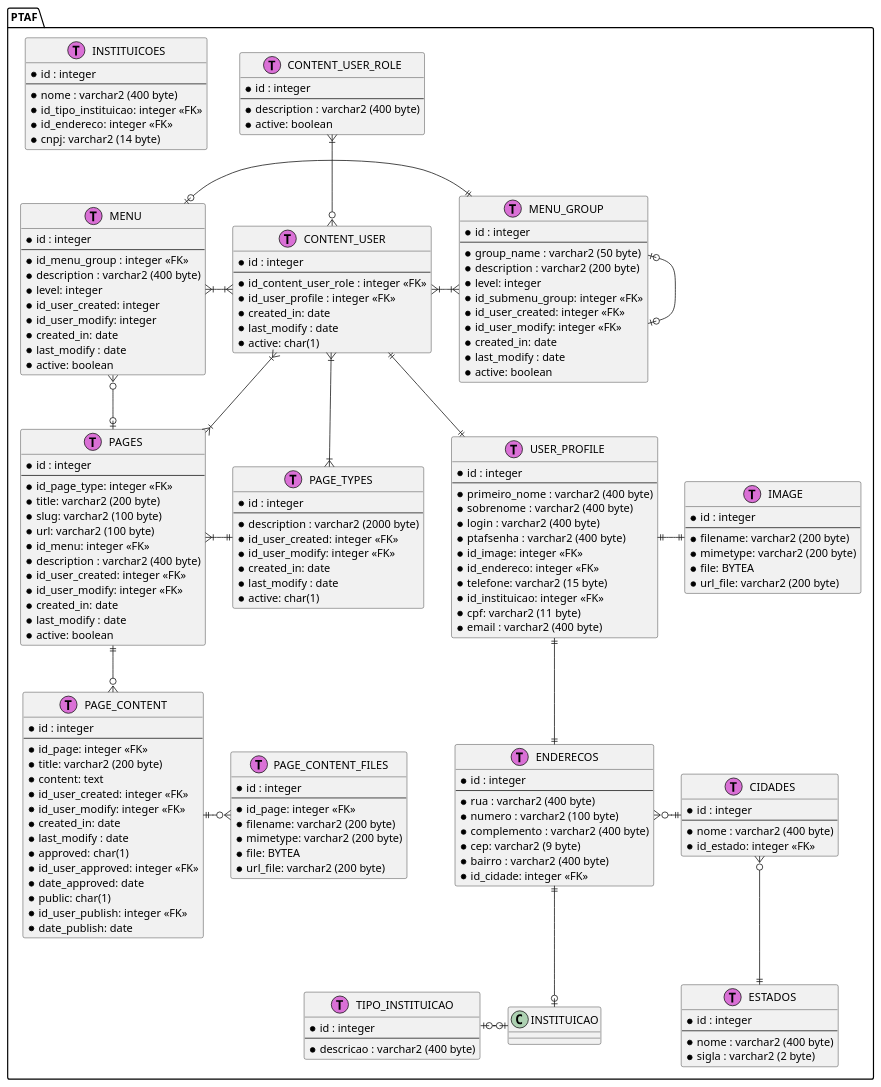
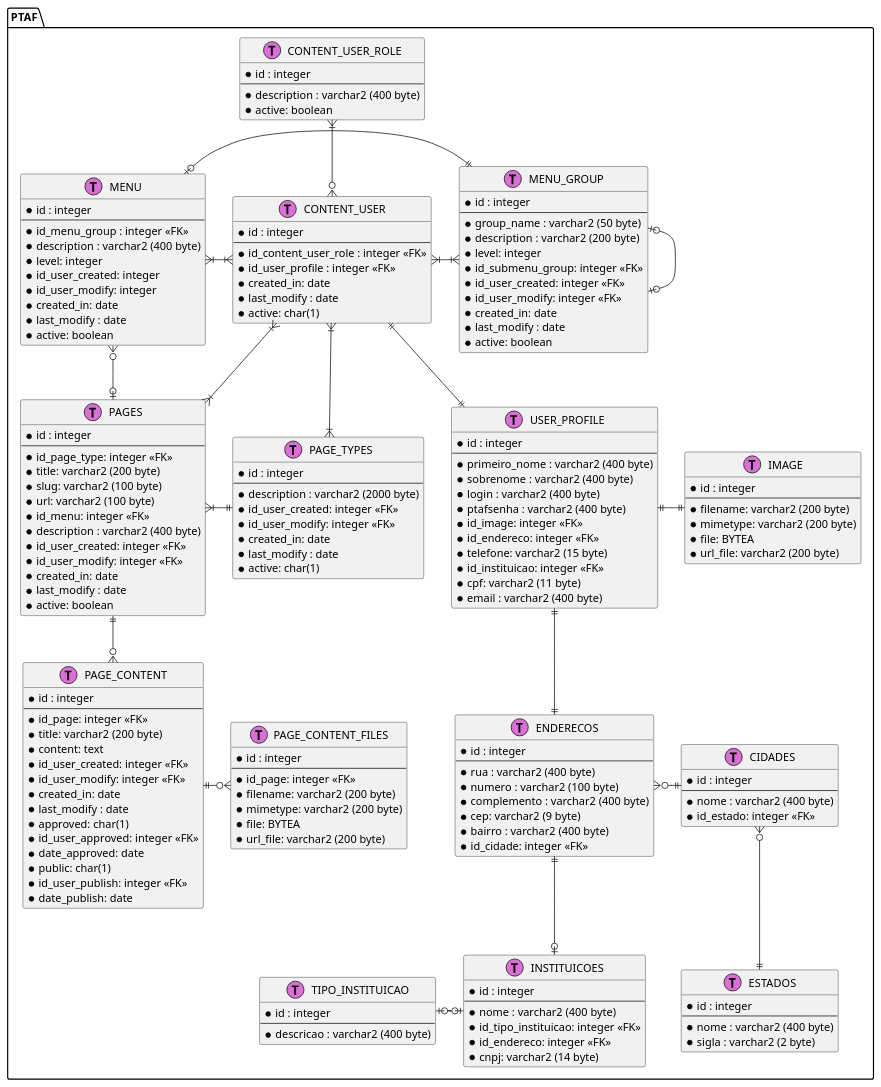
The diagram in Projeto/er-pages.wsd (paulamuhlbach/taf), drawn with PlantUML before and after one commit. The commit also changed 1 other file, not shown here.

Commit message:
Atualização de scripts e ER das tabelas do CRUD

```diff
--- a/Projeto/er-pages.wsd
+++ b/Projeto/er-pages.wsd
@@ -2,185 +2,185 @@
 @startuml er
 
 class PTAF.PAGE_TYPES << (T,orchid) >>{
 *id : integer
 --
 *description : varchar2 (2000 byte)
 *id_user_created: integer <<FK>>
 *id_user_modify: integer <<FK>>
 *created_in: date
 *last_modify : date
 *active: char(1)
 }
 
 class PTAF.PAGES << (T,orchid) >>{
 *id : integer
 --
 *id_page_type: integer <<FK>>
 *title: varchar2 (200 byte)
 *slug: varchar2 (100 byte)
 *url: varchar2 (100 byte)
 *id_menu: integer <<FK>>
 *description : varchar2 (400 byte)
 *id_user_created: integer <<FK>>
 *id_user_modify: integer <<FK>>
 *created_in: date
 *last_modify : date
 *active: boolean
 }
 
 class PTAF.PAGE_CONTENT << (T,orchid) >>{
 *id : integer
 --
 *id_page: integer <<FK>>
 *title: varchar2 (200 byte)
 *content: text
 *id_user_created: integer <<FK>>
 *id_user_modify: integer <<FK>>
 *created_in: date
 *last_modify : date
 *approved: char(1)
 *id_user_approved: integer <<FK>>
 *date_approved: date
 *public: char(1)
 *id_user_publish: integer <<FK>>
 *date_publish: date
 }
 
 class PTAF.PAGE_CONTENT_FILES << (T,orchid) >>{
 *id : integer
 --
 *id_page: integer <<FK>>
 *filename: varchar2 (200 byte)
 *mimetype: varchar2 (200 byte)
 *file: BYTEA
 *url_file: varchar2 (200 byte)
 }
 
 class PTAF.MENU_GROUP << (T,orchid) >>{
 *id : integer
 --
 *group_name : varchar2 (50 byte)
 *description : varchar2 (200 byte)
 *level: integer
 *id_submenu_group: integer <<FK>> 
 *id_user_created: integer <<FK>>
 *id_user_modify: integer <<FK>>
 *created_in: date
 *last_modify : date
 *active: boolean
 }
 
 class PTAF.MENU << (T,orchid) >>{
 *id : integer
 --
 *id_menu_group : integer <<FK>>
 *description : varchar2 (400 byte)
 *level: integer
 *id_user_created: integer
 *id_user_modify: integer
 *created_in: date
 *last_modify : date
 *active: boolean
 }
 
 class PTAF.CONTENT_USER << (T,orchid) >>{
 *id : integer
 --
 *id_content_user_role : integer <<FK>>
 *id_user_profile : integer <<FK>>
 *created_in: date
 *last_modify : date
 *active: char(1)
 }
 
 class PTAF.CONTENT_USER_ROLE << (T,orchid) >>{
 *id : integer
 --
 *description : varchar2 (400 byte)
 *active: boolean
 }
 
 class PTAF.USER_PROFILE << (T,orchid) >>{
 *id : integer
 --
 *primeiro_nome : varchar2 (400 byte)
 *sobrenome : varchar2 (400 byte)
 *login : varchar2 (400 byte)
 *ptafsenha : varchar2 (400 byte)
 *id_image: integer <<FK>>
 *id_endereco: integer <<FK>>
 *telefone: varchar2 (15 byte)
 *id_instituicao: integer <<FK>>
 *cpf: varchar2 (11 byte)
 *email : varchar2 (400 byte)
 }
 
 class PTAF.IMAGE << (T,orchid) >>{
 *id : integer
 --
 *filename: varchar2 (200 byte)
 *mimetype: varchar2 (200 byte)
 *file: BYTEA
 *url_file: varchar2 (200 byte)
 }
 
 class PTAF.TIPO_INSTITUICAO << (T,orchid) >>{
 *id : integer
 --
 *descricao : varchar2 (400 byte)
 }
 
 class PTAF.INSTITUICOES << (T,orchid) >>{
 *id : integer
 --
 *nome : varchar2 (400 byte)
 *id_tipo_instituicao: integer <<FK>>
 *id_endereco: integer <<FK>>
 *cnpj: varchar2 (14 byte)
 }
 
 class PTAF.ENDERECOS << (T,orchid) >>{
 *id : integer
 --
 *rua : varchar2 (400 byte)
 *numero : varchar2 (100 byte)
 *complemento : varchar2 (400 byte)
 *cep: varchar2 (9 byte)
 *bairro : varchar2 (400 byte)
 *id_cidade: integer <<FK>>
 }
 
 class PTAF.CIDADES << (T,orchid) >>{
 *id : integer
 --
 *nome : varchar2 (400 byte)
 *id_estado: integer <<FK>>
 }
 
 class PTAF.ESTADOS<< (T,orchid) >>{
 *id : integer
 --
 *nome : varchar2 (400 byte)
 *sigla : varchar2 (2 byte)
 }
 
 PTAF.PAGES }|-right-|| PTAF.PAGE_TYPES
 PTAF.PAGES ||--o{  PTAF.PAGE_CONTENT
 PTAF.PAGE_CONTENT ||-right-o{ PTAF.PAGE_CONTENT_FILES
 PTAF.MENU_GROUP |o--o| PTAF.MENU_GROUP 
 PTAF.MENU_GROUP ||-left-o| PTAF.MENU
 PTAF.MENU }o-right-o| PTAF.PAGES
 PTAF.CONTENT_USER_ROLE }|-down-o{ PTAF.CONTENT_USER
 PTAF.CONTENT_USER ||-down-|| PTAF.USER_PROFILE
 PTAF.MENU_GROUP }|-left-|{ PTAF.CONTENT_USER
 PTAF.MENU }|-right-|{ PTAF.CONTENT_USER
 PTAF.PAGES }|-up-|{ PTAF.CONTENT_USER
 PTAF.PAGE_TYPES }|-up-|{ PTAF.CONTENT_USER
-PTAF.TIPO_INSTITUICAO |o-right-o| PTAF.INSTITUICAO 
-PTAF.ENDERECOS ||--o| PTAF.INSTITUICAO
+PTAF.TIPO_INSTITUICAO |o-right-o| PTAF.INSTITUICOES 
+PTAF.ENDERECOS ||--o| PTAF.INSTITUICOES
 PTAF.USER_PROFILE ||-down-|| PTAF.ENDERECOS
 PTAF.USER_PROFILE ||-right-|| PTAF.IMAGE 
 PTAF.CIDADES ||-left-o{ PTAF.ENDERECOS 
 PTAF.ESTADOS ||-up-o{ PTAF.CIDADES
 
 @enduml
```
